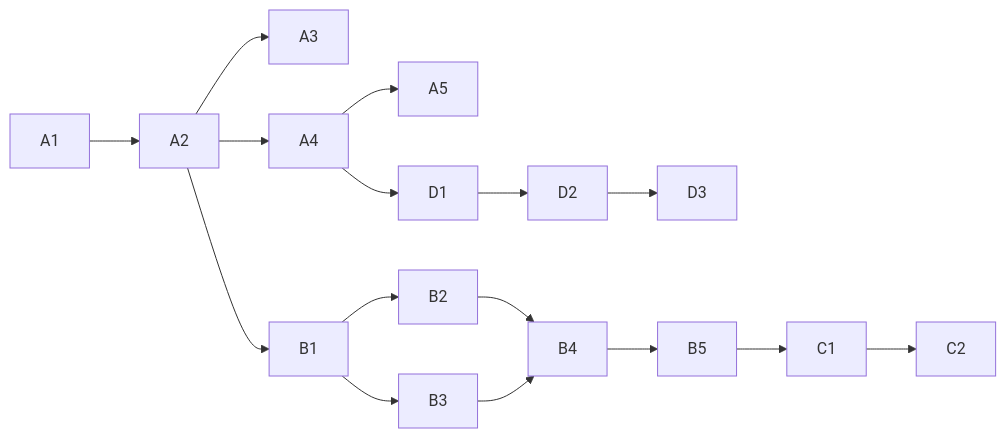
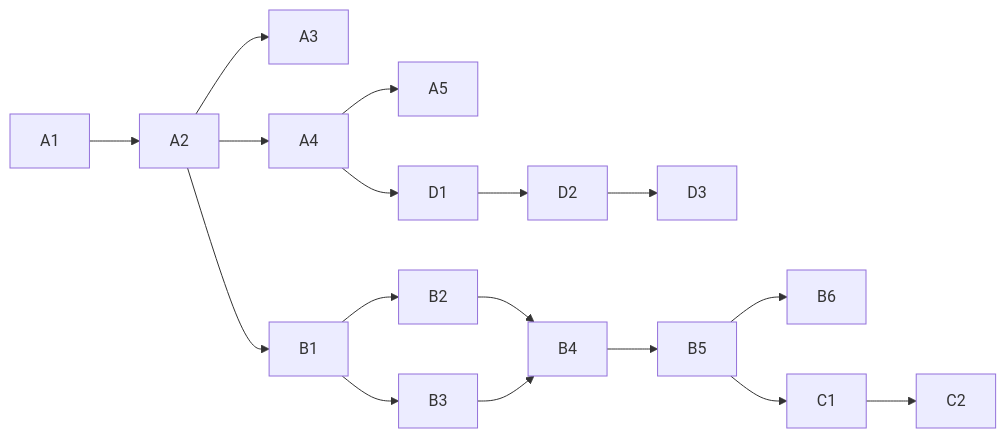
The diagram in docs/roadmap/diagrams/scope-dependencies.mmd (tri-suli/argani), drawn with Mermaid before and after one commit. The commit also changed 2 other files, not shown here.

```diff
--- a/docs/roadmap/diagrams/scope-dependencies.mmd
+++ b/docs/roadmap/diagrams/scope-dependencies.mmd
@@ -1,16 +1,17 @@
 flowchart LR
     A1 --> A2
     A2 --> A3
     A2 --> A4
     A4 --> A5
     A2 --> B1
     B1 --> B2
     B1 --> B3
     B2 --> B4
     B3 --> B4
     B4 --> B5
+    B5 --> B6
     B5 --> C1
     C1 --> C2
     A4 --> D1
     D1 --> D2
     D2 --> D3
```
